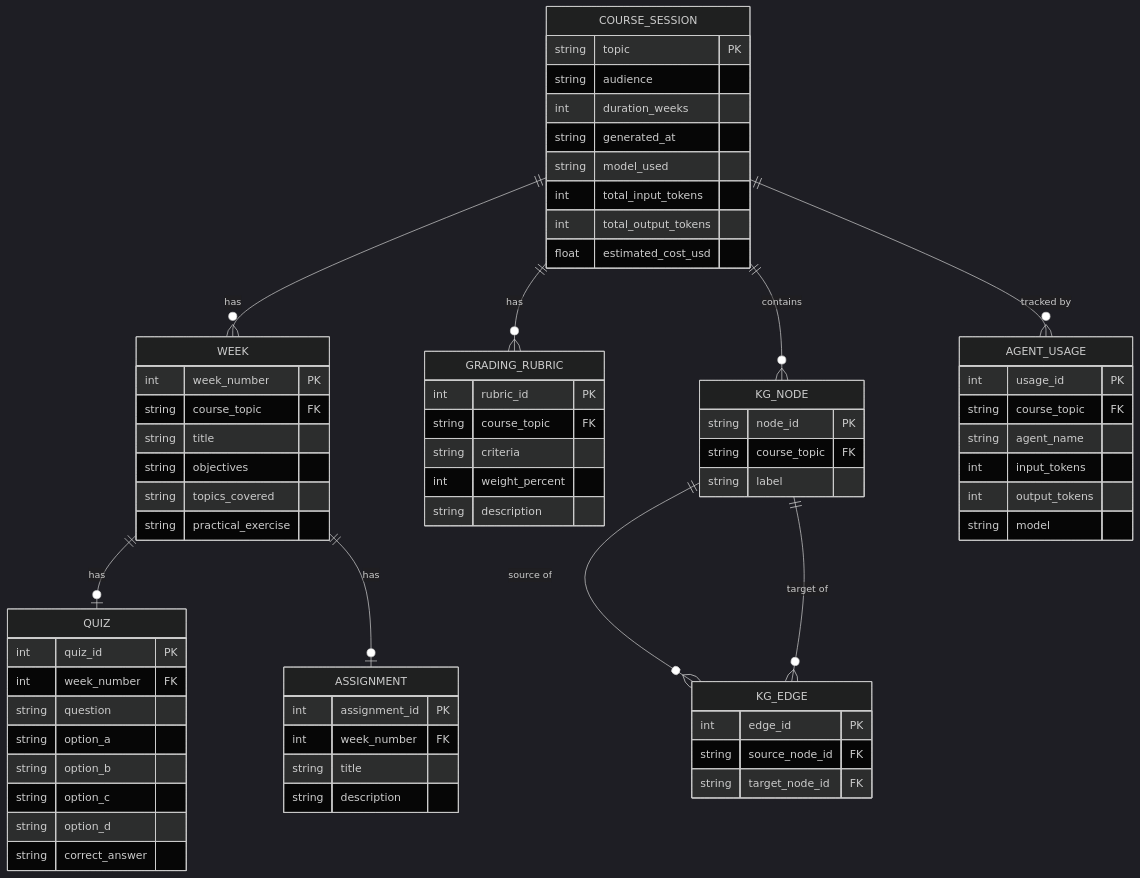
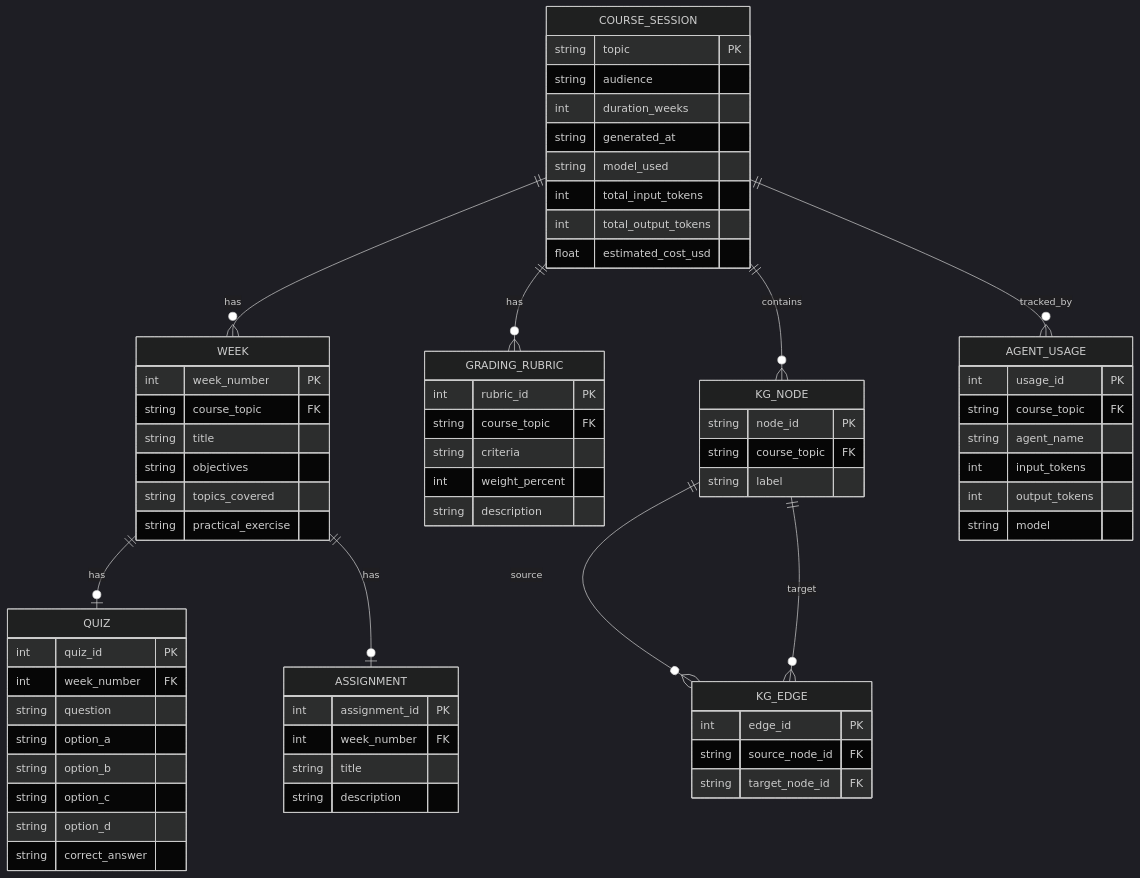
One commit to Aghawafaabbass/coursecraft-ai changed the fifth of 5 diagrams in README.md. Above: the diagram before and after it, drawn with Mermaid (dark theme). The commit also changed other lines of this file, not shown here.

````diff
--- a/README.md
+++ b/README.md
@@ -370,78 +389,78 @@
 ```mermaid
 erDiagram
     COURSE_SESSION {
         string topic PK
         string audience
         int duration_weeks
         string generated_at
         string model_used
         int total_input_tokens
         int total_output_tokens
         float estimated_cost_usd
     }
 
     WEEK {
         int week_number PK
         string course_topic FK
         string title
         string objectives
         string topics_covered
         string practical_exercise
     }
 
     QUIZ {
         int quiz_id PK
         int week_number FK
         string question
         string option_a
         string option_b
         string option_c
         string option_d
         string correct_answer
     }
 
     ASSIGNMENT {
         int assignment_id PK
         int week_number FK
         string title
         string description
     }
 
     GRADING_RUBRIC {
         int rubric_id PK
         string course_topic FK
         string criteria
         int weight_percent
         string description
     }
 
     KG_NODE {
         string node_id PK
         string course_topic FK
         string label
     }
 
     KG_EDGE {
         int edge_id PK
         string source_node_id FK
         string target_node_id FK
     }
 
     AGENT_USAGE {
         int usage_id PK
         string course_topic FK
         string agent_name
         int input_tokens
         int output_tokens
         string model
     }
 
-    COURSE_SESSION ||--o{ WEEK : "has"
-    WEEK ||--o| QUIZ : "has"
-    WEEK ||--o| ASSIGNMENT : "has"
-    COURSE_SESSION ||--o{ GRADING_RUBRIC : "has"
-    COURSE_SESSION ||--o{ KG_NODE : "contains"
-    KG_NODE ||--o{ KG_EDGE : "source of"
-    KG_NODE ||--o{ KG_EDGE : "target of"
-    COURSE_SESSION ||--o{ AGENT_USAGE : "tracked by"
+    COURSE_SESSION ||--o{ WEEK : has
+    WEEK ||--o| QUIZ : has
+    WEEK ||--o| ASSIGNMENT : has
+    COURSE_SESSION ||--o{ GRADING_RUBRIC : has
+    COURSE_SESSION ||--o{ KG_NODE : contains
+    KG_NODE ||--o{ KG_EDGE : source
+    KG_NODE ||--o{ KG_EDGE : target
+    COURSE_SESSION ||--o{ AGENT_USAGE : tracked_by
 ```
````
